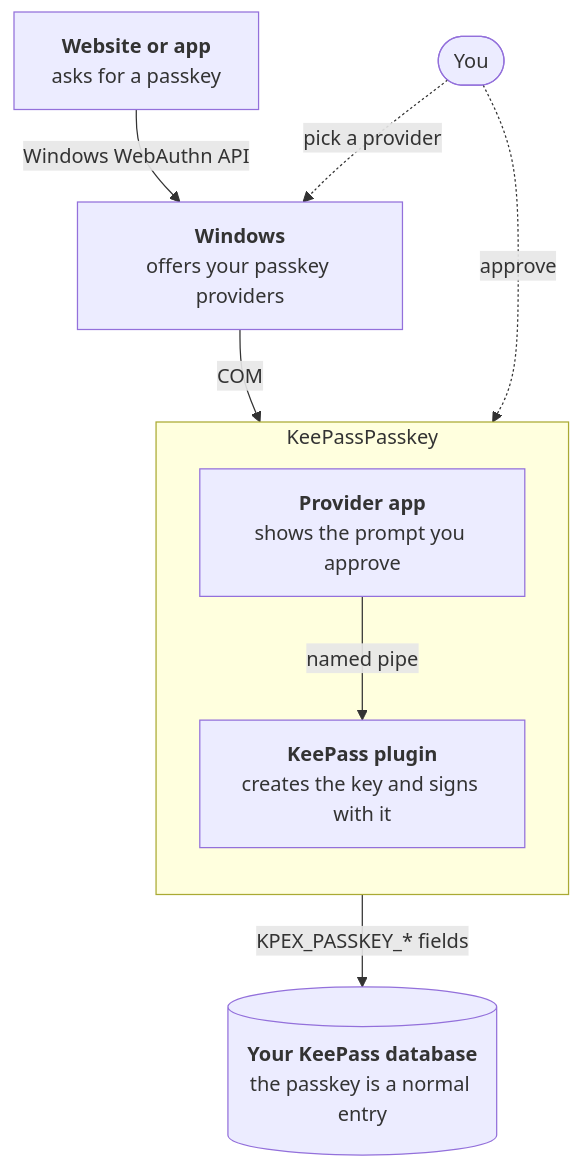
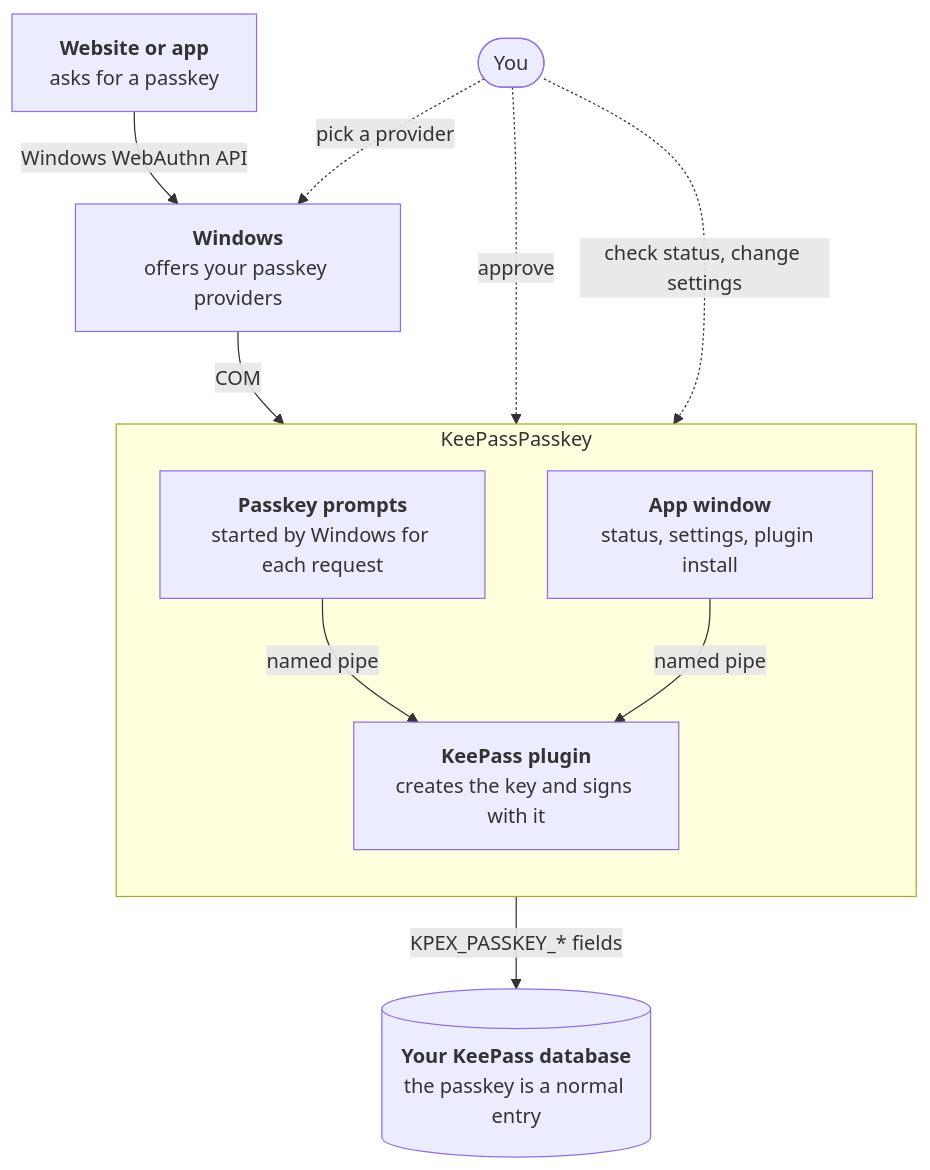
Before and after one commit to yusei36/KeePassPasskey: the diagram in README.md, drawn with Mermaid. The commit also changed other lines of this file, not shown here.

Commit message:
split the prompts and the app window in the how-it-works diagram

````diff
--- a/README.md
+++ b/README.md
@@ -20,22 +20,25 @@
 ```mermaid
 flowchart TB
     You(["You"])
     Site["<b>Website or app</b><br/>asks for a passkey"]
     Win["<b>Windows</b><br/>offers your passkey providers"]
 
     subgraph KPP ["KeePassPasskey"]
         direction TB
-        App["<b>Provider app</b><br/>shows the prompt you approve"]
+        Prompt["<b>Passkey prompts</b><br/>started by Windows for each request"]
+        UI["<b>App window</b><br/>status, settings, plugin install"]
         Plug["<b>KeePass plugin</b><br/>creates the key and signs with it"]
     end
 
     DB[("<b>Your KeePass database</b><br/>the passkey is a normal entry")]
 
     Site -->|Windows WebAuthn API| Win
-    Win -->|COM| App
-    App -->|named pipe| Plug
+    Win -->|COM| Prompt
+    Prompt -->|named pipe| Plug
+    UI -->|named pipe| Plug
     Plug -->|KPEX_PASSKEY_* fields| DB
 
     You -.->|"pick a provider"| Win
-    You -.->|"approve"| App
+    You -.->|"approve"| Prompt
+    You -.->|"check status, change settings"| UI
 ```
````
